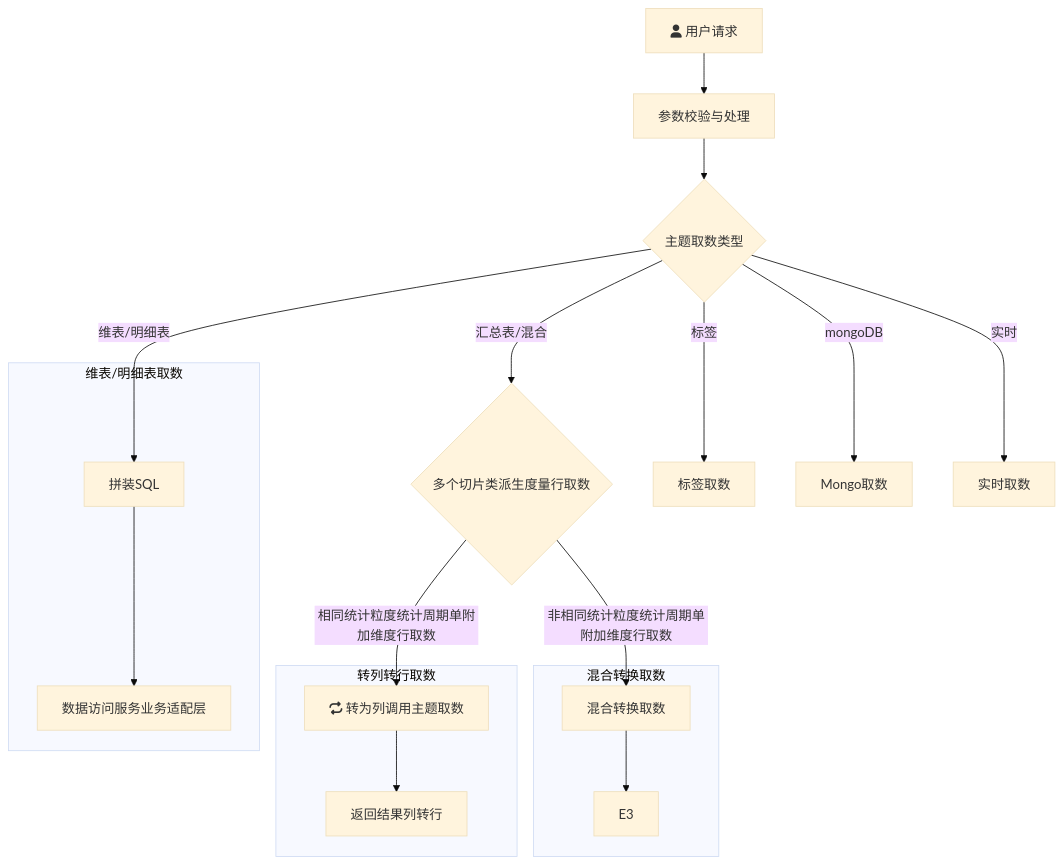
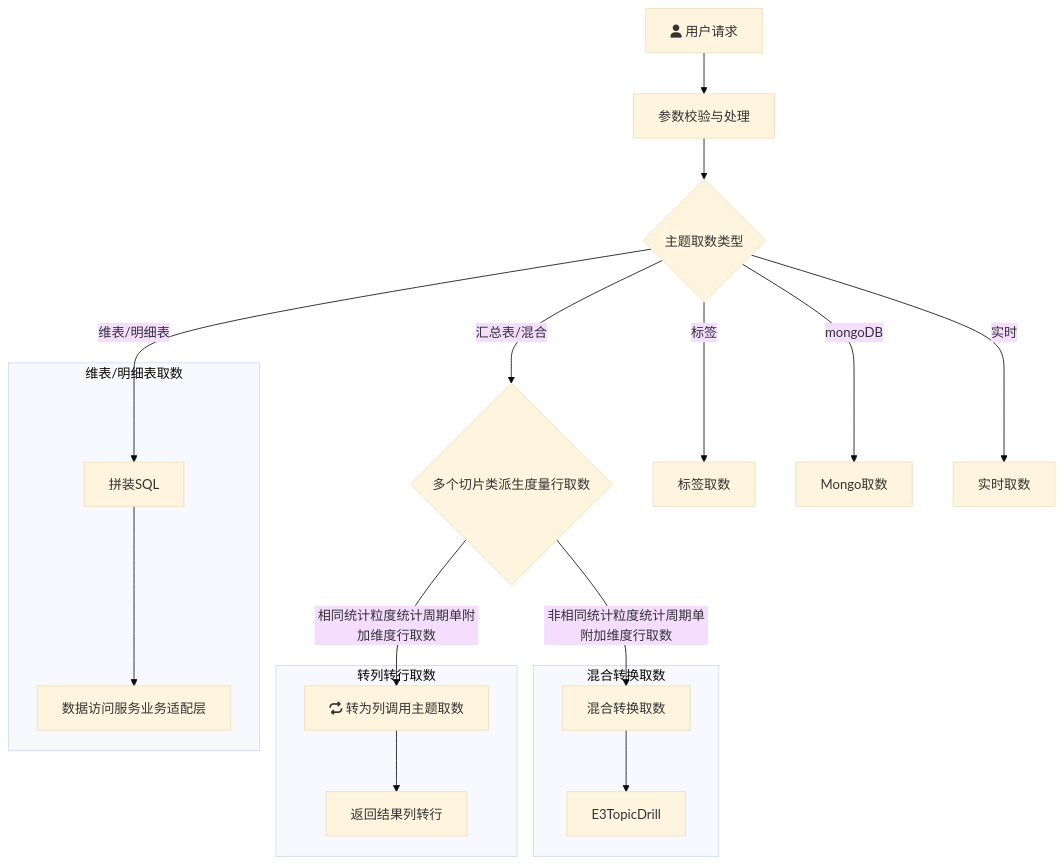
Before and after one commit to yanglosm/iodraw-files: the diagram in all/未命名.md, drawn with Mermaid (base theme).

Commit message:
2024-11-29 18:35:52 update

````diff
--- a/all/未命名.md
+++ b/all/未命名.md
@@ -1,20 +1,20 @@
 ```mermaid
 flowchart TD
     A[fa:fa-user 用户请求] -->A1[参数校验与处理] --> B{主题取数类型}
     B -->|维表/明细表| D[拼装SQL]
     B -->|汇总表/混合| E{多个切片类派生度量行取数}
     B -->|标签| F[标签取数]
     B -->|mongoDB| G[Mongo取数]
     B -->|实时| H[实时取数]
     E -->|相同统计粒度统计周期单附加维度行取数| E1[fa:fa-repeat 转为列调用主题取数]
     E -->|非相同统计粒度统计周期单附加维度行取数| E2[混合转换取数]
     subgraph 维表/明细表取数
     D-->D1[数据访问服务业务适配层]
     end
     subgraph 转列转行取数
     E1-->E11[返回结果列转行]
     end
     subgraph 混合转换取数
-    E2-->E3
+    E2-->E3TopicDrill
     end
 ```
````
